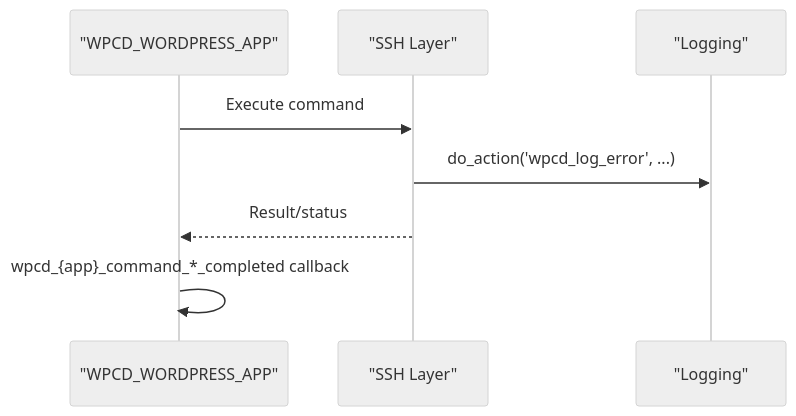
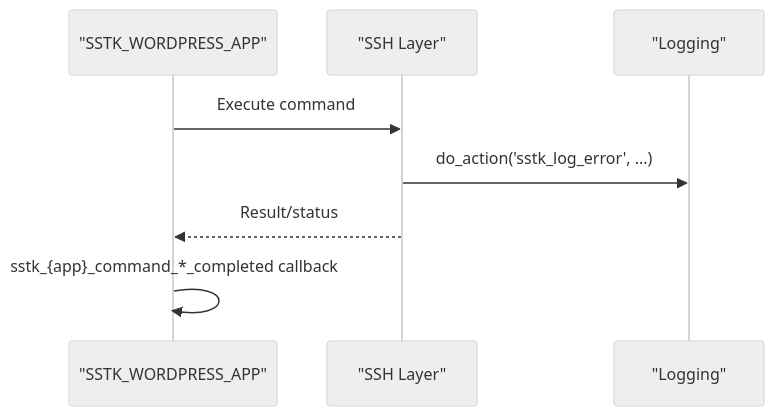
Before and after one commit to onedogsolutions/simple-stack: the seventh of 8 diagrams in .qoder/repowiki/en/content/WordPress Application Engine/Customization & Extension Points/Hook System & Lifecycle Customization.md, drawn with Mermaid (neutral theme). The commit also changed other lines of this file and 5941 other files, not shown here.

````diff
--- a/.qoder/repowiki/en/content/WordPress Application Engine/Customization & Extension Points/Hook System & Lifecycle Customization.md
+++ b/.qoder/repowiki/en/content/WordPress Application Engine/Customization & Extension Points/Hook System & Lifecycle Customization.md
@@ -266,10 +266,10 @@
 ```mermaid
 sequenceDiagram
-participant App as "WPCD_WORDPRESS_APP"
+participant App as "SSTK_WORDPRESS_APP"
 participant SSH as "SSH Layer"
 participant Logs as "Logging"
 App->>SSH : Execute command
-SSH->>Logs : do_action('wpcd_log_error', ...)
+SSH->>Logs : do_action('sstk_log_error', ...)
 SSH-->>App : Result/status
-App->>App : wpcd_{app}_command_*_completed callback
+App->>App : sstk_{app}_command_*_completed callback
 ```
````
